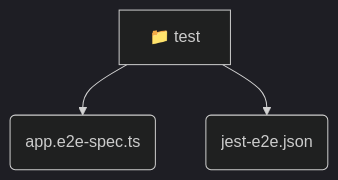
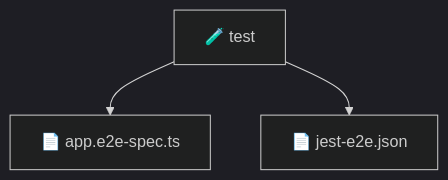
One commit to beginwebdev2002/fullstack-mavluda changed the diagram in backend/test/README.md. Above: the diagram before and after it, drawn with Mermaid (dark theme). The commit also changed other lines of this file and 163 other files, not shown here.

````diff
--- a/backend/test/README.md
+++ b/backend/test/README.md
@@ -9,6 +9,6 @@
 ```mermaid
 graph TD
-  test[📁 test]
-  test --> test_app_e2e_spec_ts(app.e2e-spec.ts)
-  test --> test_jest_e2e_json(jest-e2e.json)
+  Root["🧪 test"]
+  Root --> appe2espects["📄 app.e2e-spec.ts"]
+  Root --> jeste2ejson["📄 jest-e2e.json"]
 ```
````
